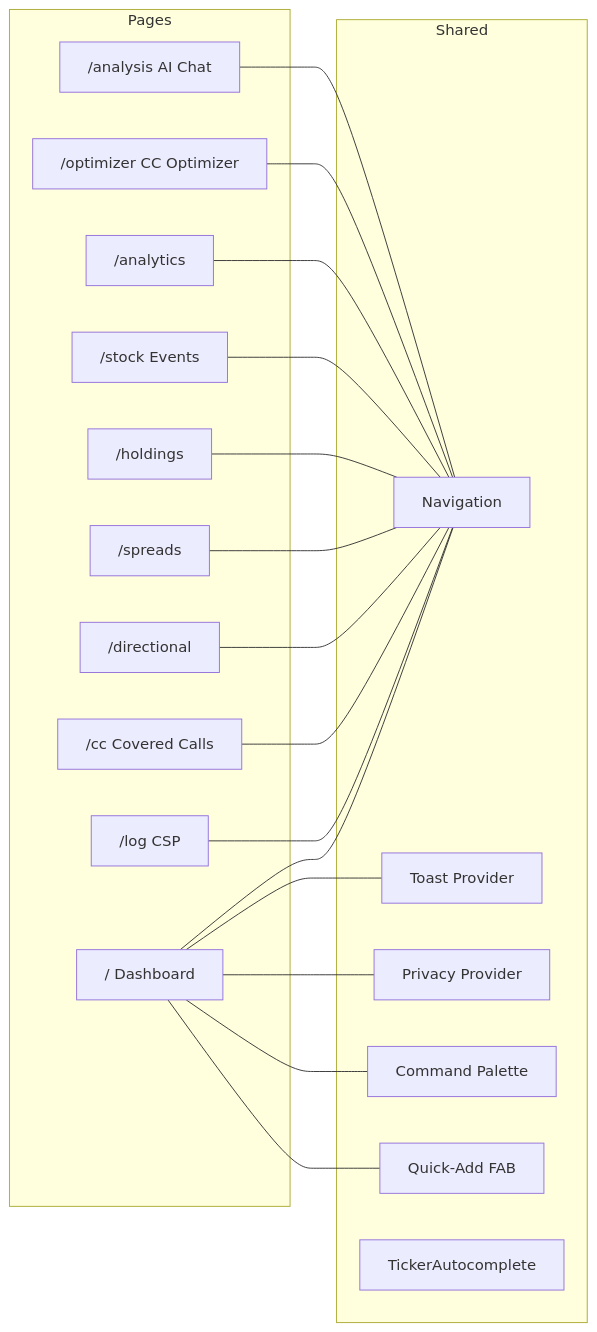
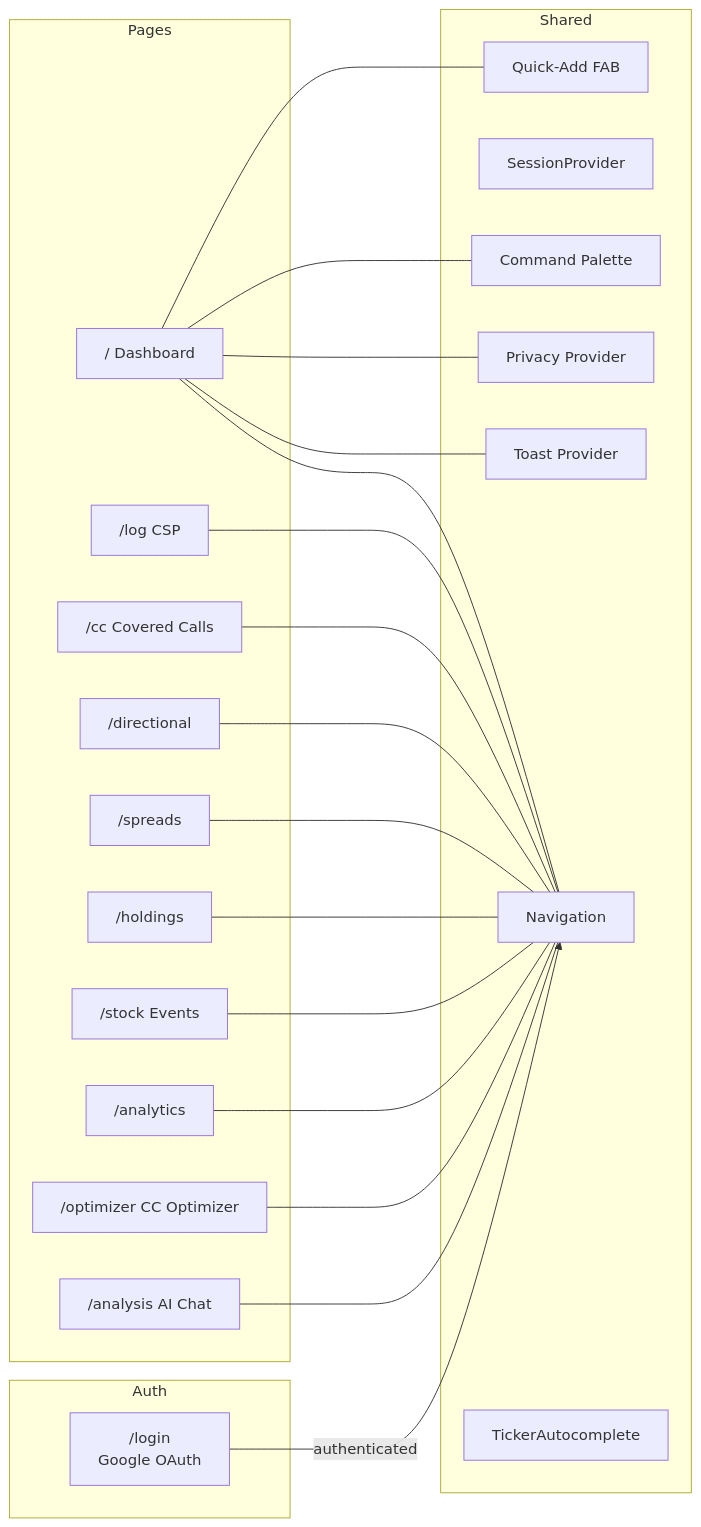
Before and after one commit to OptiTrade-AI/trading-dashboard: the fifth of 9 diagrams in docs/architecture.md, drawn with Mermaid. The commit also changed other lines of this file and 9 other files, not shown here.

First line of the commit message:
Add Google OAuth authentication with single-user email whitelist (#29)

````diff
--- a/docs/architecture.md
+++ b/docs/architecture.md
@@ -128,39 +133,46 @@
 ```mermaid
 graph LR
     subgraph Pages
         D["/ Dashboard"]
         L["/log CSP"]
         CC["/cc Covered Calls"]
         DR["/directional"]
         SP["/spreads"]
         H["/holdings"]
         SE["/stock Events"]
         AN["/analytics"]
         OPT["/optimizer CC Optimizer"]
         AI["/analysis AI Chat"]
     end
 
+    subgraph Auth
+        Login["/login<br/>Google OAuth"]
+    end
+
     subgraph Shared
         Nav["Navigation"]
+        Session["SessionProvider"]
         Toast["Toast Provider"]
         Privacy["Privacy Provider"]
         CmdK["Command Palette"]
         FAB["Quick-Add FAB"]
         Ticker["TickerAutocomplete"]
     end
+
+    Login -->|authenticated| Nav
 
     D --- Nav
     D --- Toast
     D --- Privacy
     D --- CmdK
     D --- FAB
     L --- Nav
     CC --- Nav
     DR --- Nav
     SP --- Nav
     H --- Nav
     SE --- Nav
     AN --- Nav
     OPT --- Nav
     AI --- Nav
 ```
````
